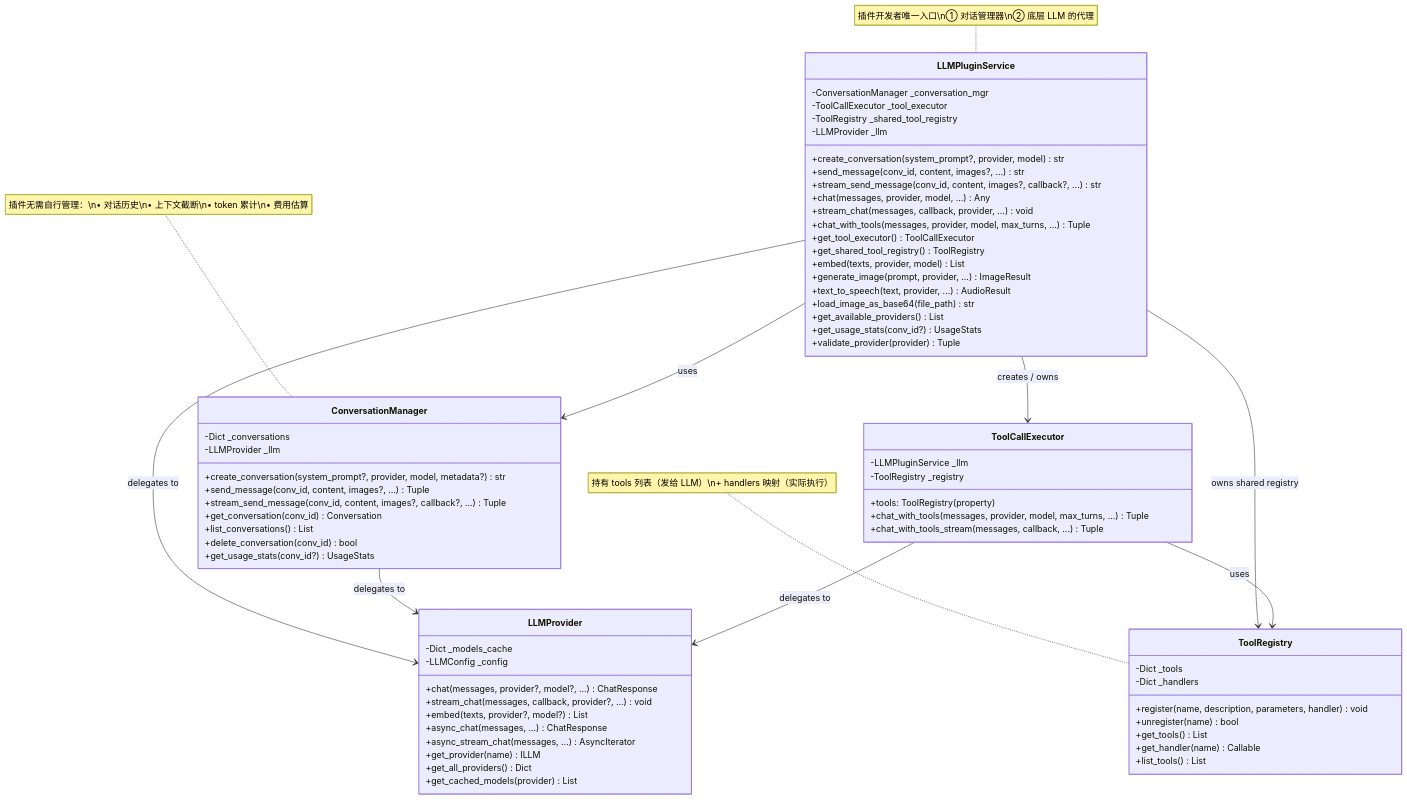
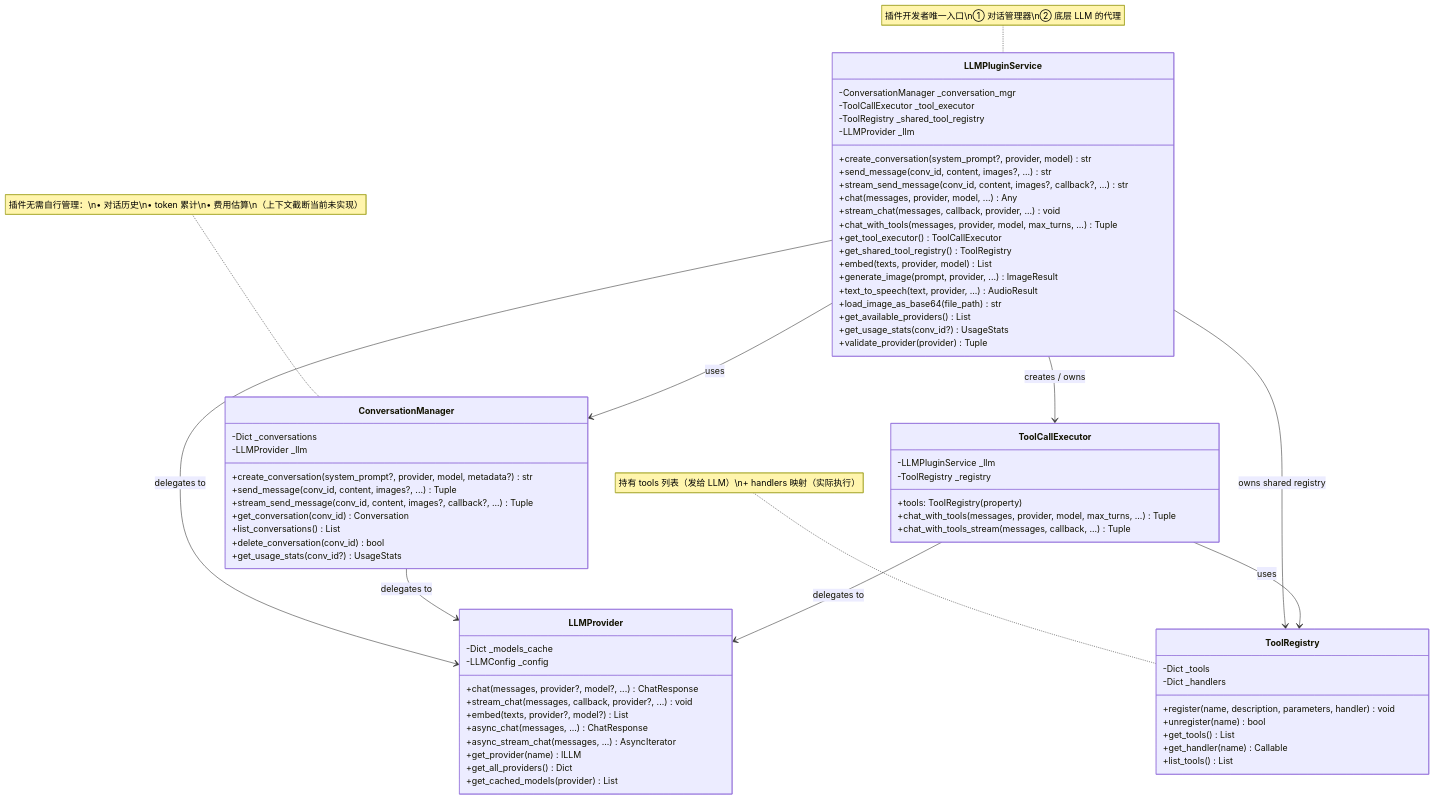
The third of 8 diagrams in docs/core/llm-provider/api-reference.md (KKPIP-Tech/InstructionX), drawn with Mermaid before and after one commit. The commit also changed other lines of this file and 24 other files, not shown here.

````diff
--- a/docs/core/llm-provider/api-reference.md
+++ b/docs/core/llm-provider/api-reference.md
@@ -1112,82 +1112,82 @@
 ```mermaid
 classDiagram
     direction TB
 
     class LLMPluginService {
         -ConversationManager _conversation_mgr
         -ToolCallExecutor _tool_executor
         -ToolRegistry _shared_tool_registry
         -LLMProvider _llm
         +create_conversation(system_prompt?, provider, model) str
         +send_message(conv_id, content, images?, ...) str
         +stream_send_message(conv_id, content, images?, callback?, ...) str
         +chat(messages, provider, model, ...) Any
         +stream_chat(messages, callback, provider, ...) void
         +chat_with_tools(messages, provider, model, max_turns, ...) Tuple
         +get_tool_executor() ToolCallExecutor
         +get_shared_tool_registry() ToolRegistry
         +embed(texts, provider, model) List
         +generate_image(prompt, provider, ...) ImageResult
         +text_to_speech(text, provider, ...) AudioResult
         +load_image_as_base64(file_path) str
         +get_available_providers() List
         +get_usage_stats(conv_id?) UsageStats
         +validate_provider(provider) Tuple
     }
 
     class ConversationManager {
         -Dict _conversations
         -LLMProvider _llm
         +create_conversation(system_prompt?, provider, model, metadata?) str
         +send_message(conv_id, content, images?, ...) Tuple
         +stream_send_message(conv_id, content, images?, callback?, ...) Tuple
         +get_conversation(conv_id) Conversation
         +list_conversations() List
         +delete_conversation(conv_id) bool
         +get_usage_stats(conv_id?) UsageStats
     }
 
     class ToolCallExecutor {
         -LLMPluginService _llm
         -ToolRegistry _registry
         +tools: ToolRegistry (property)
         +chat_with_tools(messages, provider, model, max_turns, ...) Tuple
         +chat_with_tools_stream(messages, callback, ...) Tuple
     }
 
     class ToolRegistry {
         -Dict _tools
         -Dict _handlers
         +register(name, description, parameters, handler) void
         +unregister(name) bool
         +get_tools() List
         +get_handler(name) Callable
         +list_tools() List
     }
 
     class LLMProvider {
         -Dict _models_cache
         -LLMConfig _config
         +chat(messages, provider?, model?, ...) ChatResponse
         +stream_chat(messages, callback, provider?, ...) void
         +embed(texts, provider?, model?) List
         +async_chat(messages, ...) ChatResponse
         +async_stream_chat(messages, ...) AsyncIterator
         +get_provider(name) ILLM
         +get_all_providers() Dict
         +get_cached_models(provider) List
     }
 
     %% 关系
     LLMPluginService --> ConversationManager : uses
     LLMPluginService --> ToolCallExecutor : creates / owns
     LLMPluginService --> ToolRegistry : owns shared registry
     LLMPluginService --> LLMProvider : delegates to
     ConversationManager --> LLMProvider : delegates to
     ToolCallExecutor --> ToolRegistry : uses
     ToolCallExecutor --> LLMProvider : delegates to
 
     note for LLMPluginService "插件开发者唯一入口\n① 对话管理器\n② 底层 LLM 的代理"
-    note for ConversationManager "插件无需自行管理：\n• 对话历史\n• 上下文截断\n• token 累计\n• 费用估算"
+    note for ConversationManager "插件无需自行管理：\n• 对话历史\n• token 累计\n• 费用估算\n（上下文截断当前未实现）"
     note for ToolRegistry "持有 tools 列表（发给 LLM）\n+ handlers 映射（实际执行）"
 ```
````
